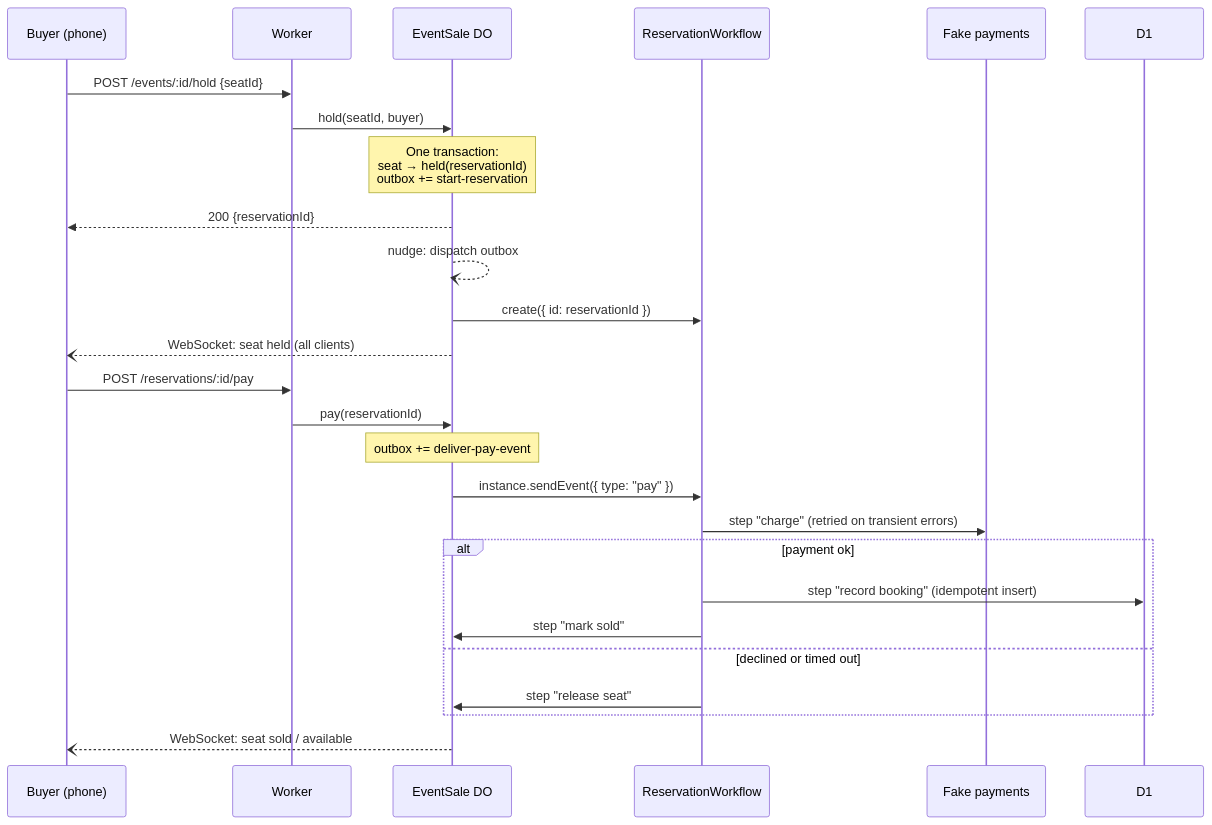
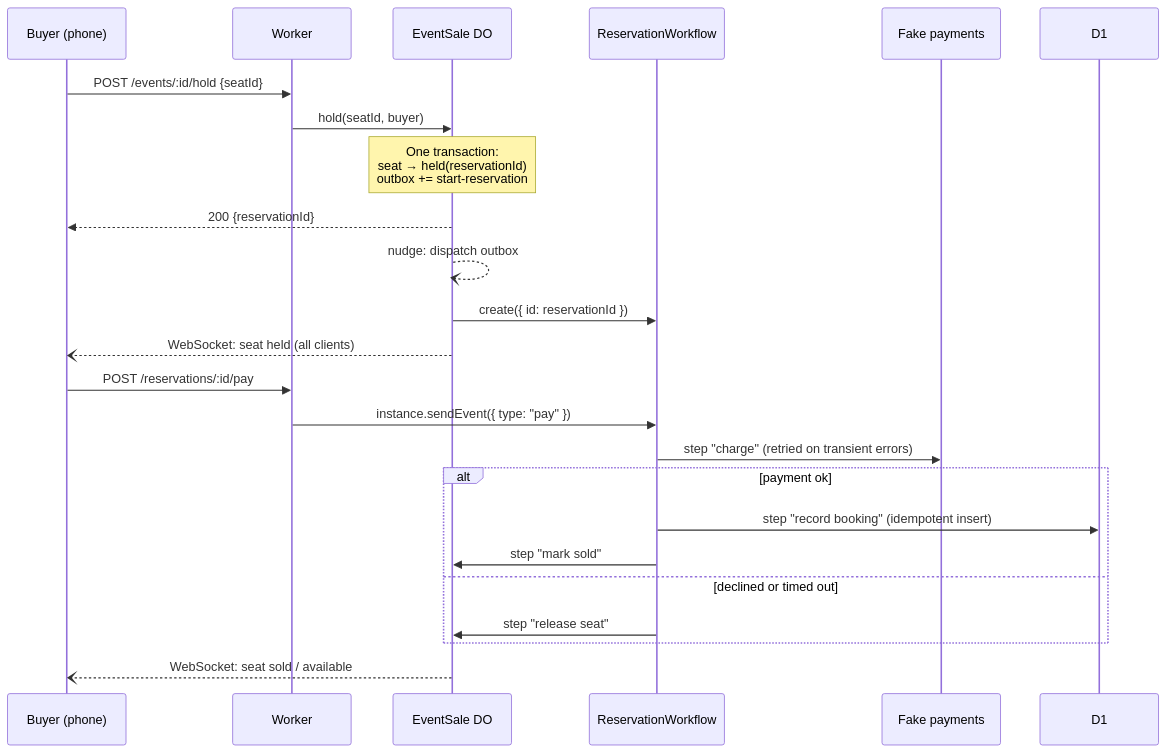
One commit to sambs/cloudflare-talk changed the diagram in plan.md. Above: the diagram before and after it, drawn with Mermaid. The commit also changed other lines of this file and 5 other files, not shown here.

First line of the commit message:
Send payments straight to the workflow instead of via the outbox

````diff
--- a/plan.md
+++ b/plan.md
@@ -39,31 +39,29 @@
 ```mermaid
 sequenceDiagram
     participant B as Buyer (phone)
     participant W as Worker
     participant DO as EventSale DO
     participant WF as ReservationWorkflow
     participant P as Fake payments
     participant D1 as D1
 
     B->>W: POST /events/:id/hold {seatId}
     W->>DO: hold(seatId, buyer)
     Note over DO: One transaction:<br/>seat → held(reservationId)<br/>outbox += start-reservation
     DO-->>B: 200 {reservationId}
     DO--)DO: nudge: dispatch outbox
     DO->>WF: create({ id: reservationId })
     DO--)B: WebSocket: seat held (all clients)
 
     B->>W: POST /reservations/:id/pay
-    W->>DO: pay(reservationId)
-    Note over DO: outbox += deliver-pay-event
-    DO->>WF: instance.sendEvent({ type: "pay" })
+    W->>WF: instance.sendEvent({ type: "pay" })
 
     WF->>P: step "charge" (retried on transient errors)
     alt payment ok
         WF->>D1: step "record booking" (idempotent insert)
         WF->>DO: step "mark sold"
     else declined or timed out
         WF->>DO: step "release seat"
     end
     DO--)B: WebSocket: seat sold / available
 ```
````
